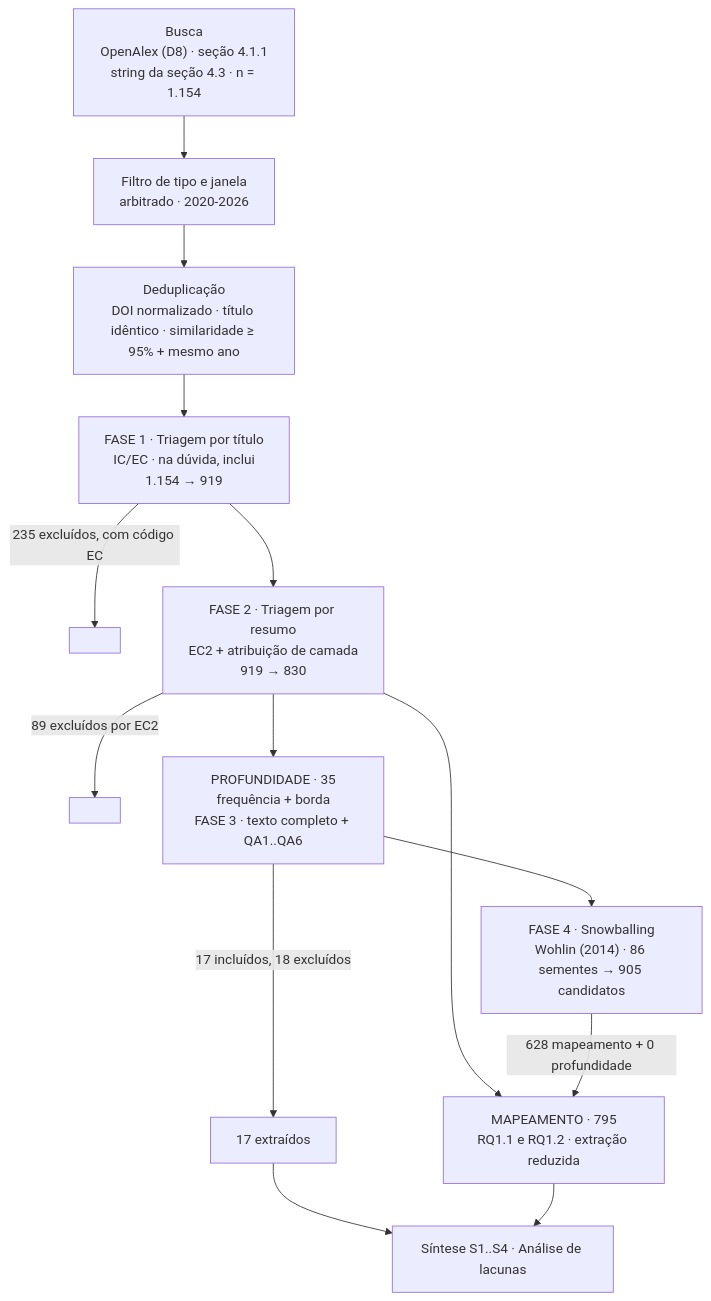
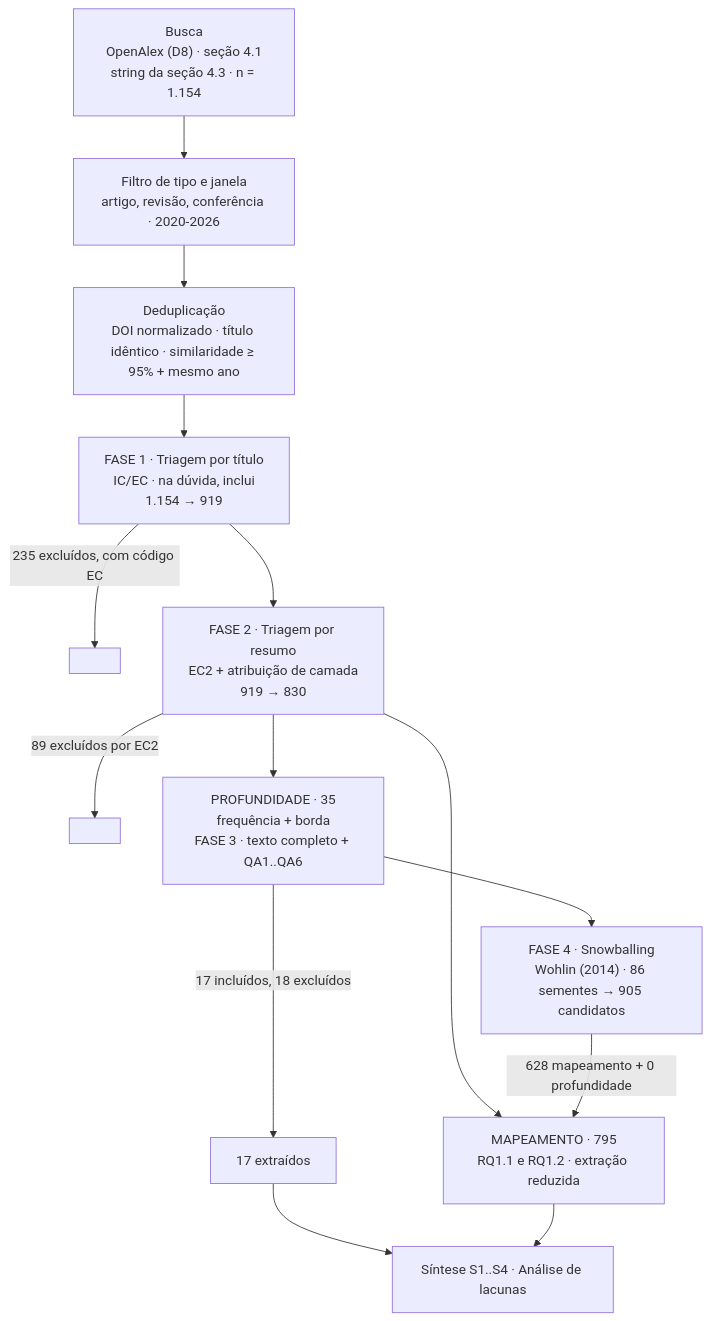
Before and after one commit to dan-albuquerque/rsl-adulteracao-frequencia-borda: the diagram in revisao_sistematica/protocolo_rsl.md, drawn with Mermaid. The commit also changed other lines of this file, not shown here.

````diff
--- a/revisao_sistematica/protocolo_rsl.md
+++ b/revisao_sistematica/protocolo_rsl.md
@@ -271,16 +259,16 @@
 ```mermaid
 flowchart TD
-    A["Busca<br/>OpenAlex (D8) · seção 4.1.1<br/>string da seção 4.3 · n = 1.154"] --> B["Filtro de tipo e janela<br/>arbitrado · 2020-2026"]
+    A["Busca<br/>OpenAlex (D8) · seção 4.1<br/>string da seção 4.3 · n = 1.154"] --> B["Filtro de tipo e janela<br/>artigo, revisão, conferência · 2020-2026"]
     B --> C["Deduplicação<br/>DOI normalizado · título idêntico · similaridade ≥ 95% + mesmo ano"]
     C --> D["FASE 1 · Triagem por título<br/>IC/EC · na dúvida, inclui<br/>1.154 → 919"]
     D -->|235 excluídos, com código EC| X1[" "]
     D --> E["FASE 2 · Triagem por resumo<br/>EC2 + atribuição de camada<br/>919 → 830"]
     E -->|89 excluídos por EC2| X2[" "]
     E --> F1["MAPEAMENTO · 795<br/>RQ1.1 e RQ1.2 · extração reduzida"]
     E --> F2["PROFUNDIDADE · 35<br/>frequência + borda<br/>FASE 3 · texto completo + QA1..QA6"]
     F2 -->|17 incluídos, 18 excluídos| F3["17 extraídos"]
     F2 --> G["FASE 4 · Snowballing<br/>Wohlin (2014) · 86 sementes → 905 candidatos"]
     G -->|628 mapeamento + 0 profundidade| F1
     F3 --> H["Síntese S1..S4 · Análise de lacunas"]
     F1 --> H
 ```
````
